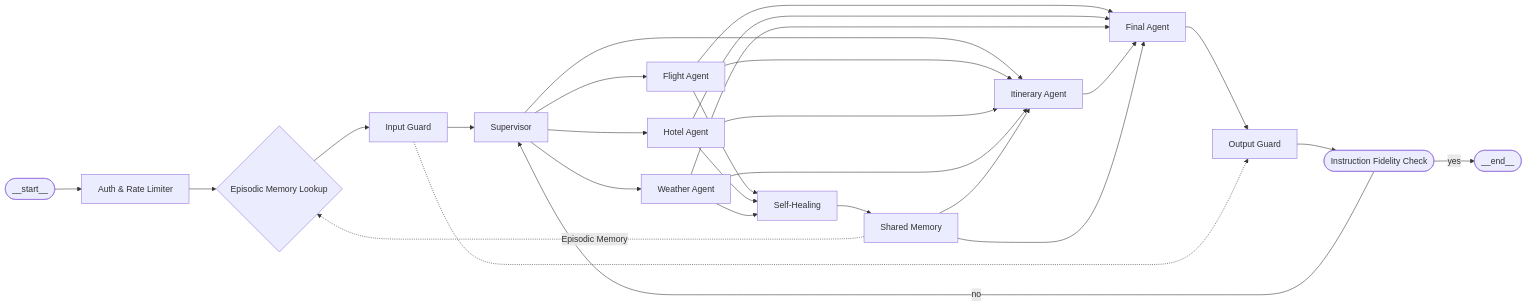
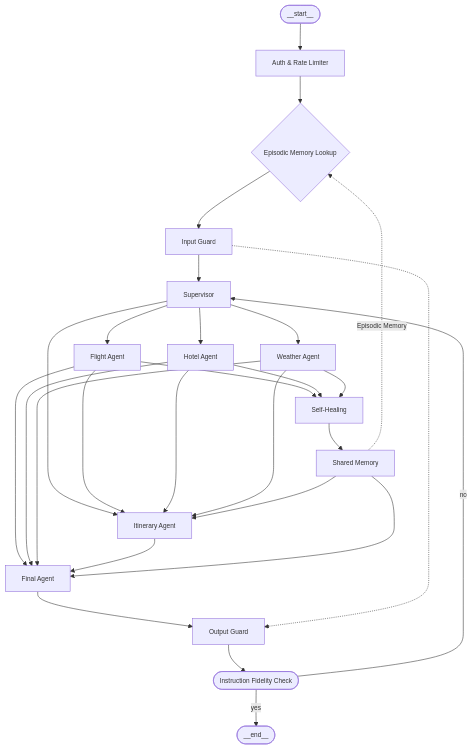
One commit to mohamed2012004/Travel-Mate-AI changed the diagram in README.md. Above: the diagram before and after it, drawn with Mermaid.

````diff
--- a/README.md
+++ b/README.md
@@ -52,31 +52,32 @@
 ```mermaid
-flowchart LR
+%%{init: {'themeVariables': {'fontSize': '12px', 'nodeSpacing': 10, 'rankSpacing': 15, 'padding': 4}}}%%
+flowchart TD
     Start([__start__])
     Start --> Edge["Auth & Rate Limiter"]
     Edge --> Cache{"Episodic Memory Lookup"}
     Cache --> InputGuard["Input Guard"]
     InputGuard --> Router["Supervisor"]
     Router --> Flight["Flight Agent"]
     Router --> Hotel["Hotel Agent"]
     Router --> Weather["Weather Agent"]
     Router --> Itinerary["Itinerary Agent"]
     Flight --> Healing["Self-Healing"]
     Hotel --> Healing
     Weather --> Healing
     Healing --> Shared["Shared Memory"]
     Flight --> Itinerary
     Hotel --> Itinerary
     Weather --> Itinerary
     Shared --> Itinerary
     Shared -.->|Episodic Memory| Cache
     Flight --> Final["Final Agent"]
     Hotel --> Final
     Weather --> Final
     Itinerary --> Final
     Shared --> Final
     Final --> OutputGuard["Output Guard"]
     OutputGuard --> Fidelity([Instruction Fidelity Check])
     Fidelity -->|yes| End([__end__])
     Fidelity -->|no| Router
     InputGuard -.-> OutputGuard
 ```
````
